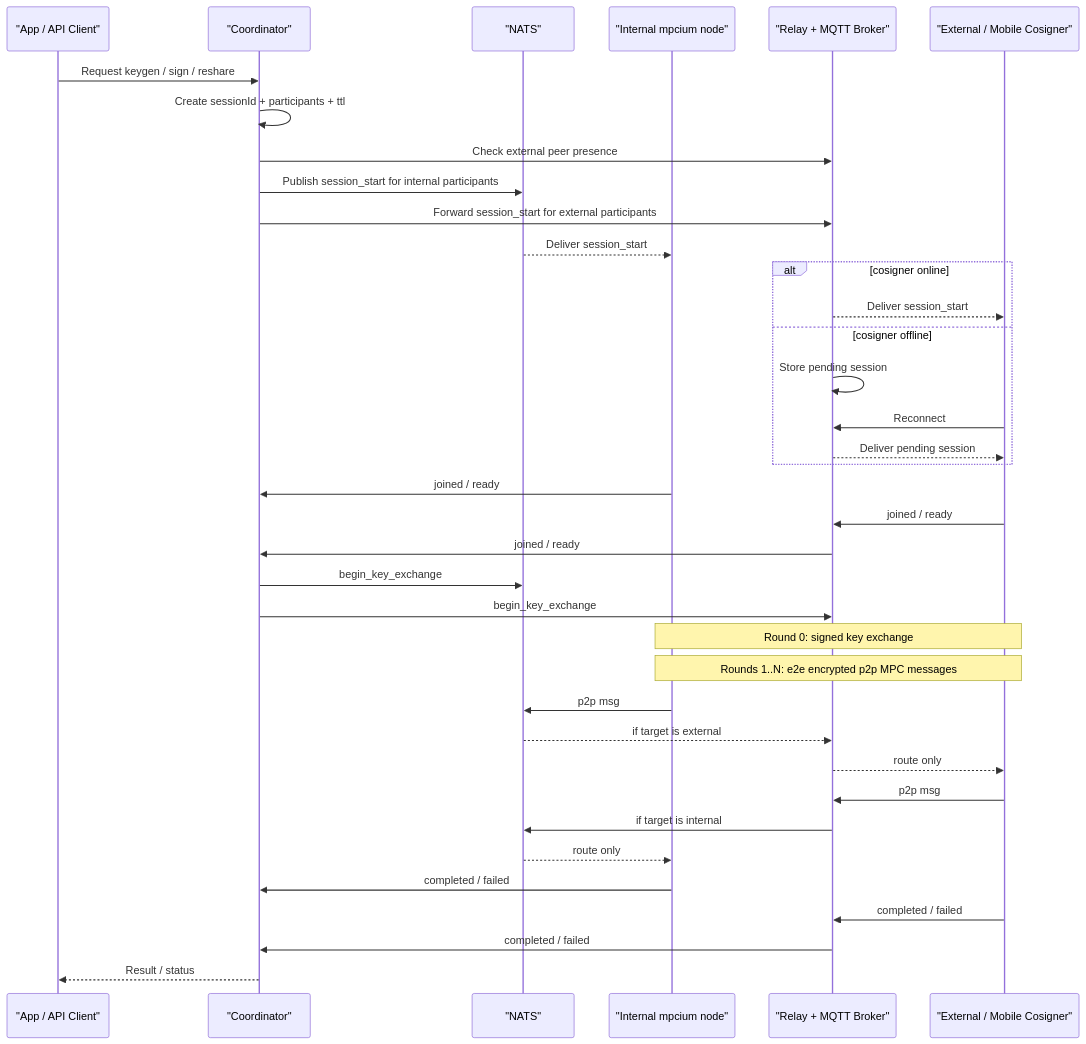
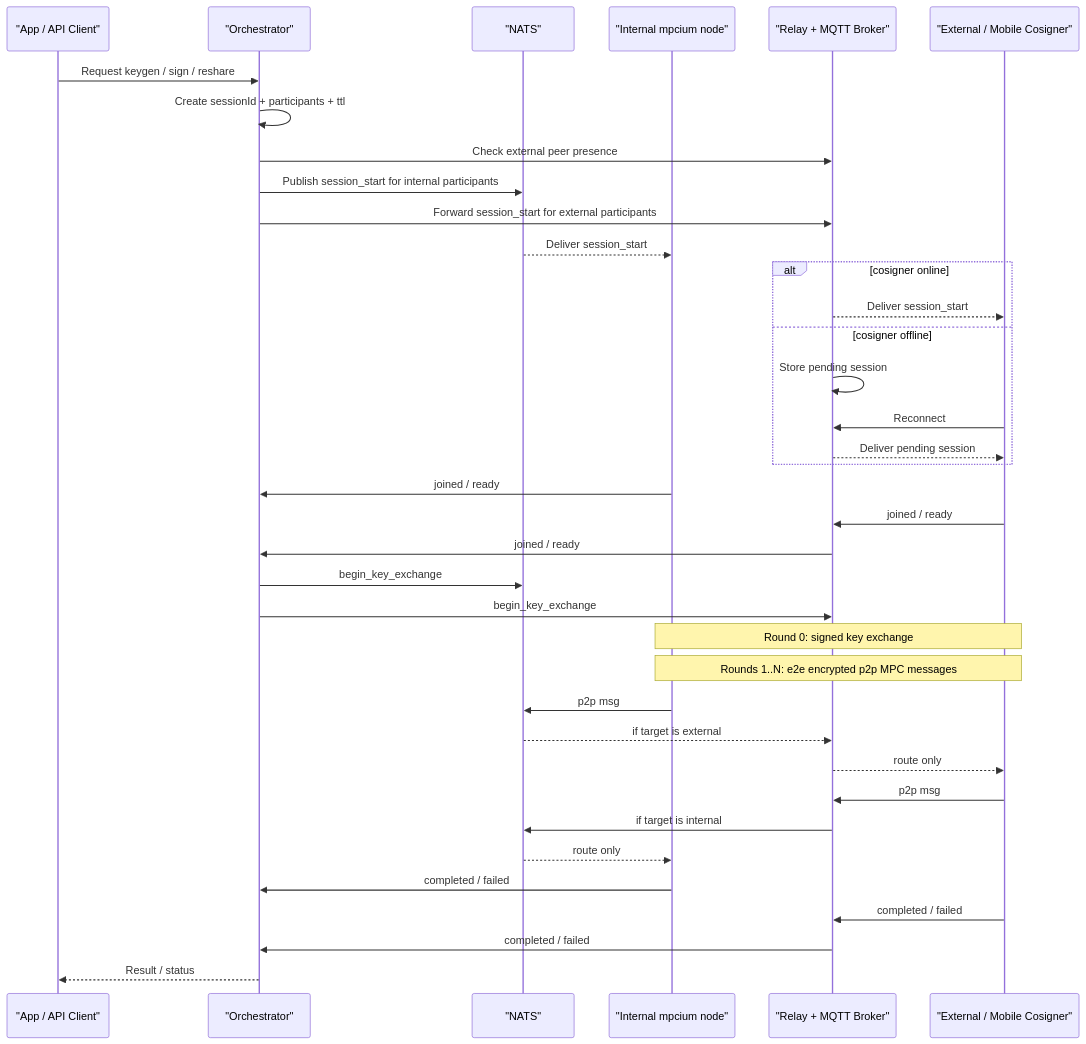
Before and after one commit to vietddude/mpcium-sdk: the second of 3 diagrams in docs/architecture/external-cosigner-runtime.md, drawn with Mermaid. The commit also changed other lines of this file and 15 other files, not shown here.

Commit message:
refactor: rename coordinator references to orchestrator across the SDK

````diff
--- a/docs/architecture/external-cosigner-runtime.md
+++ b/docs/architecture/external-cosigner-runtime.md
@@ -184,50 +184,50 @@
 ```mermaid
 sequenceDiagram
     participant A as "App / API Client"
-    participant C as "Coordinator"
+    participant C as "Orchestrator"
     participant N as "NATS"
     participant I as "Internal mpcium node"
     participant R as "Relay + MQTT Broker"
     participant X as "External / Mobile Cosigner"
 
     A->>C: Request keygen / sign / reshare
     C->>C: Create sessionId + participants + ttl
 
     C->>R: Check external peer presence
     C->>N: Publish session_start for internal participants
     C->>R: Forward session_start for external participants
 
     N-->>I: Deliver session_start
 
     alt cosigner online
         R-->>X: Deliver session_start
     else cosigner offline
         R->>R: Store pending session
         X->>R: Reconnect
         R-->>X: Deliver pending session
     end
 
     I->>C: joined / ready
     X->>R: joined / ready
     R->>C: joined / ready
 
     C->>N: begin_key_exchange
     C->>R: begin_key_exchange
 
     Note over I,X: Round 0: signed key exchange
     Note over I,X: Rounds 1..N: e2e encrypted p2p MPC messages
 
     I->>N: p2p msg
     N-->>R: if target is external
     R-->>X: route only
 
     X->>R: p2p msg
     R->>N: if target is internal
     N-->>I: route only
 
     I->>C: completed / failed
     X->>R: completed / failed
     R->>C: completed / failed
 
     C-->>A: Result / status
 ```
````
